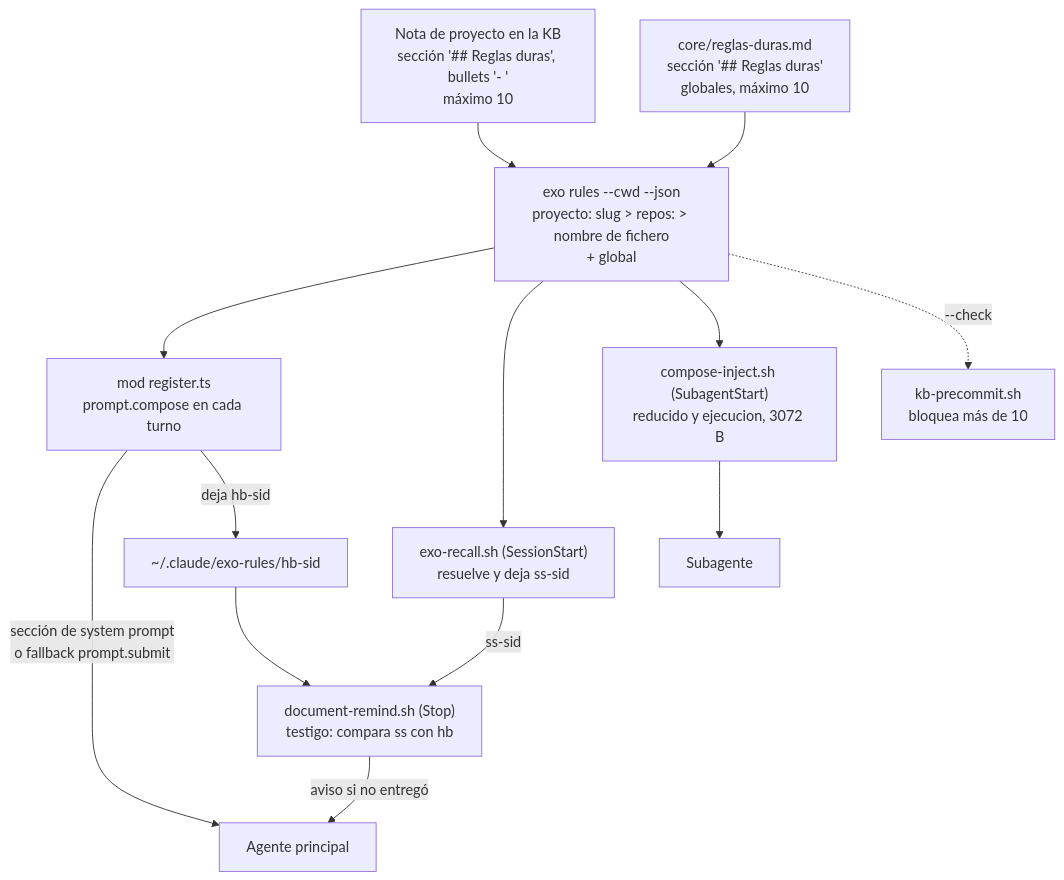
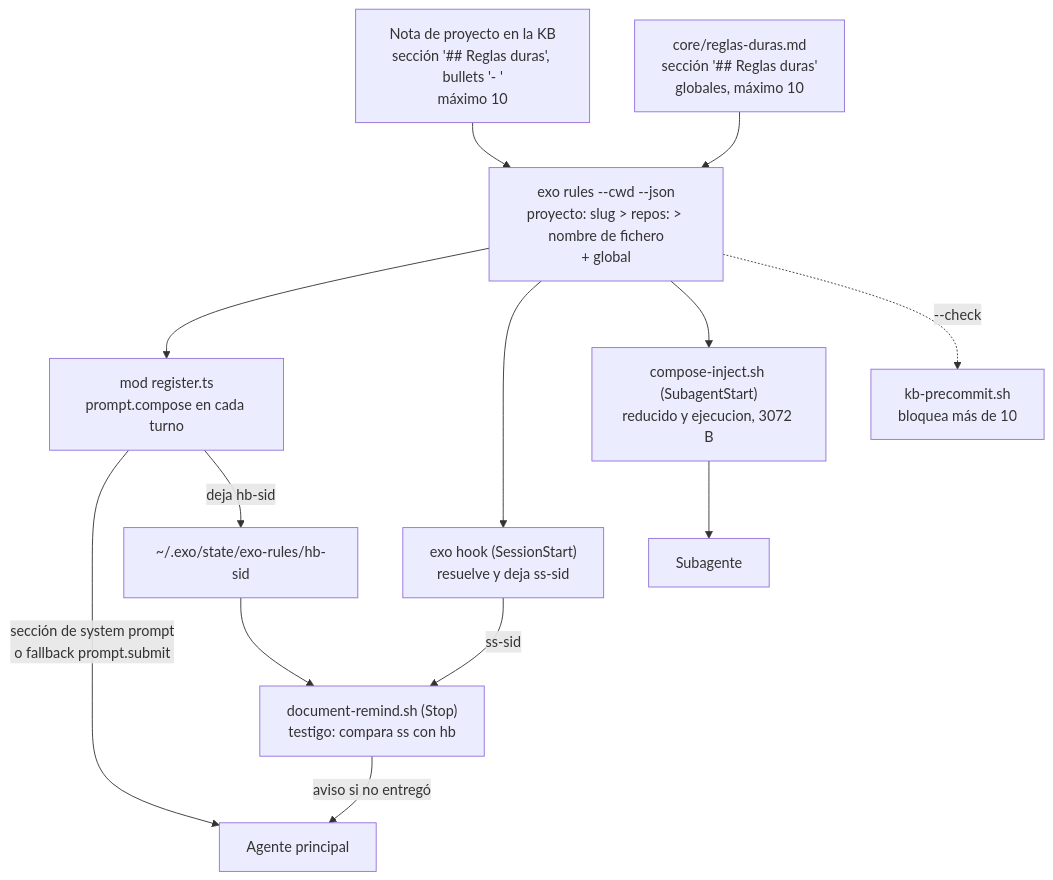
Before and after one commit to pguerrerolinares/exo: the fourth of 4 diagrams in docs/arquitectura.md, drawn with Mermaid. The commit also changed other lines of this file and 5 other files, not shown here.

````diff
--- a/docs/arquitectura.md
+++ b/docs/arquitectura.md
@@ -452,18 +452,18 @@
 ```mermaid
 flowchart TD
     NOTA["Nota de proyecto en la KB<br/>sección '## Reglas duras', bullets '- '<br/>máximo 10"]
     GLOB["core/reglas-duras.md<br/>sección '## Reglas duras'<br/>globales, máximo 10"]
     RULES["exo rules --cwd --json<br/>proyecto: slug > repos: > nombre de fichero<br/>+ global"]
     NOTA --> RULES
     GLOB --> RULES
     RULES --> MODR["mod register.ts<br/>prompt.compose en cada turno"]
-    RULES --> SS["exo-recall.sh (SessionStart)<br/>resuelve y deja ss-sid"]
+    RULES --> SS["exo hook (SessionStart)<br/>resuelve y deja ss-sid"]
     RULES --> CI["compose-inject.sh (SubagentStart)<br/>reducido y ejecucion, 3072 B"]
     MODR -->|"sección de system prompt<br/>o fallback prompt.submit"| AG["Agente principal"]
-    MODR -->|"deja hb-sid"| HB["~/.claude/exo-rules/hb-sid"]
+    MODR -->|"deja hb-sid"| HB["~/.exo/state/exo-rules/hb-sid"]
     SS -->|"ss-sid"| WIT
     HB --> WIT["document-remind.sh (Stop)<br/>testigo: compara ss con hb"]
     WIT -->|"aviso si no entregó"| AG
     CI --> SUB["Subagente"]
     RULES -.->|"--check"| PRE["kb-precommit.sh<br/>bloquea más de 10"]
 ```
````
